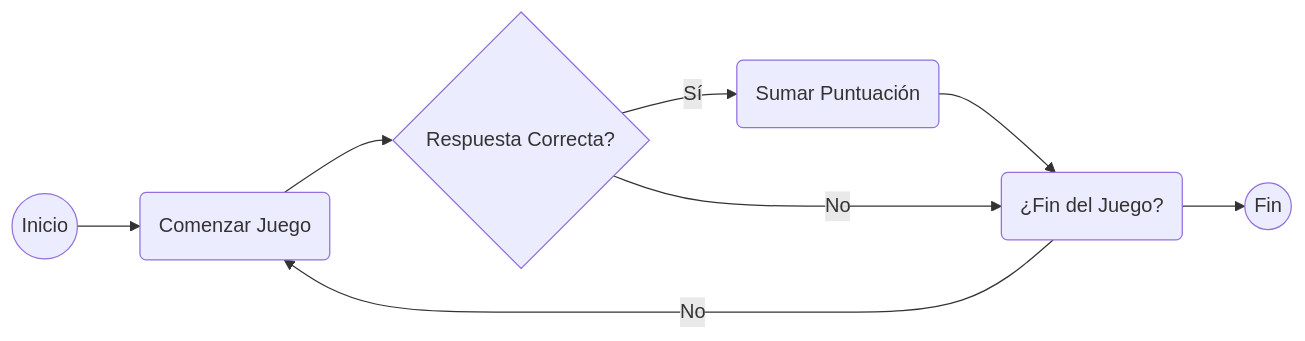
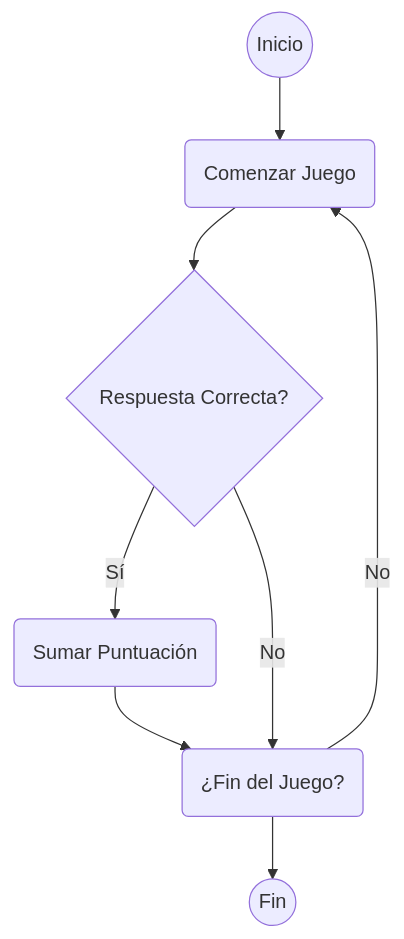
The second of 2 diagrams in app/src/main/java/com/example/examencorutinas/README.md (Miguii-6/ExamenPMDM_Corutinas), drawn with Mermaid before and after one commit. The commit also changed other lines of this file, not shown here.

Commit message:
commit prueba mermaid

````diff
--- a/app/src/main/java/com/example/examencorutinas/README.md
+++ b/app/src/main/java/com/example/examencorutinas/README.md
@@ -84,11 +87,10 @@
 ```mermaid
-graph LR
+graph TD
     A((Inicio)) --> B(Comenzar Juego)
     B --> C{Respuesta Correcta?}
     C -- Sí --> D(Sumar Puntuación)
     D --> E(¿Fin del Juego?)
     E -- No --> B
     C -- No --> E
     E --> F((Fin))
-
 ```
````
